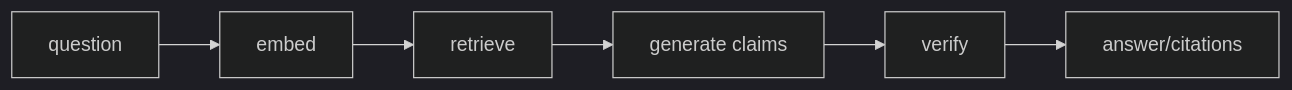
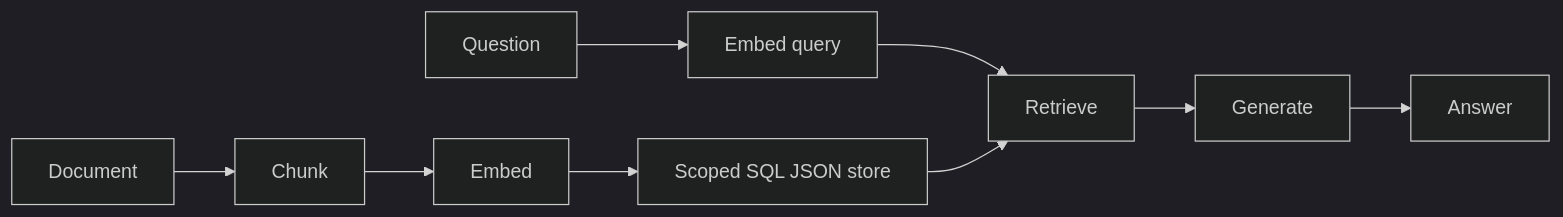
Before and after one commit to levalencia/archon: the first of 2 diagrams in docs/course/concepts/rag.md, drawn with Mermaid (dark theme). The commit also changed other lines of this file and 6 other files, not shown here.

````diff
--- a/docs/course/concepts/rag.md
+++ b/docs/course/concepts/rag.md
@@ -11,4 +32,11 @@
 ```mermaid
 flowchart LR
-  Q[question] --> E[embed] --> R[retrieve] --> G[generate claims] --> V[verify] --> A[answer/citations]
+  D[Document] --> C[Chunk]
+  C --> E[Embed]
+  E --> S[Scoped SQL JSON store]
+  Q[Question] --> QE[Embed query]
+  QE --> R[Retrieve]
+  S --> R
+  R --> G[Generate]
+  G --> A[Answer]
 ```
````
